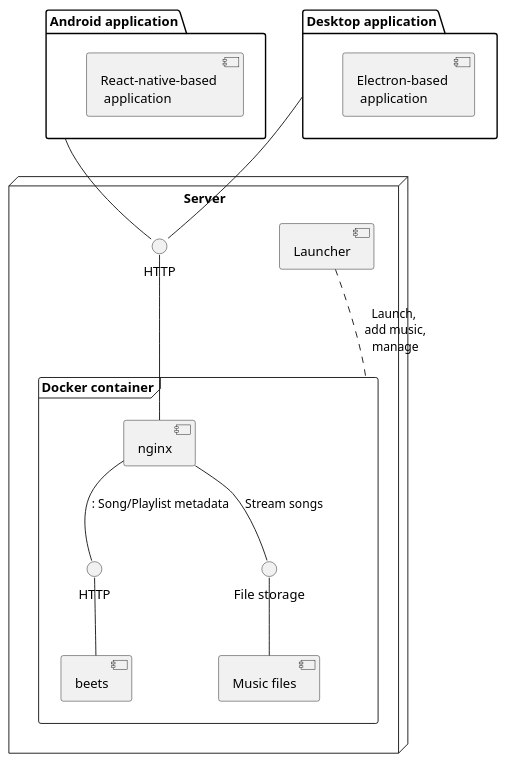
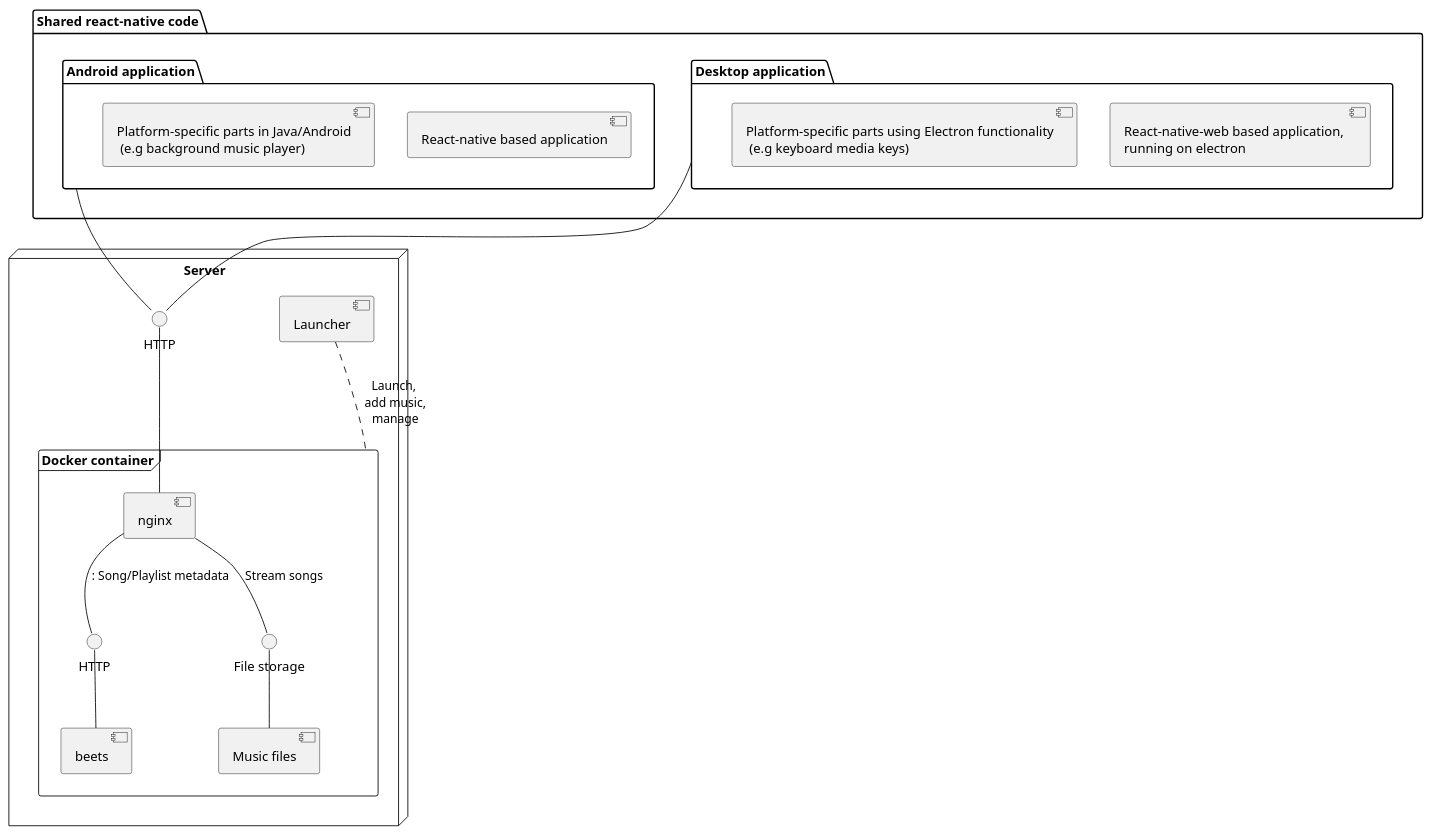
Before and after one commit to vitalybe/radio-stream: the diagram in docs/architecture.plantuml, drawn with PlantUML. The commit also changed 1 other file, not shown here.

```diff
--- a/docs/architecture.plantuml
+++ b/docs/architecture.plantuml
@@ -1,37 +1,43 @@
 @startuml
 
+package "Shared react-native code" {
+
 package "Android application" as android {
-    component [React-native-based \n application]
+    [React-native based application]
+    [Platform-specific parts in Java/Android\n (e.g background music player)]
 }
 
 package "Desktop application" as desktop {
-    component [Electron-based \n application]
+    [React-native-web based application, \nrunning on electron]
+    [Platform-specific parts using Electron functionality\n (e.g keyboard media keys)]
+}
+
 }
 
 node "Server" {
     [Launcher] as cli
     interface "HTTP" as exposedHttp
 
     frame "Docker container" as docker {
         [nginx]
         interface "HTTP" as unexposedHttp
         [beets]
         interface "File storage" as storage
         [Music files] as music
     }
 }
 
 cli .. docker: Launch,\n add music,\n manage
 
 desktop--exposedHttp
 android--exposedHttp
 
 exposedHttp--nginx
 nginx--unexposedHttp: : Song/Playlist metadata
 unexposedHttp--beets
 
 nginx--storage: Stream songs
 storage--music
 
 
 @enduml
```
